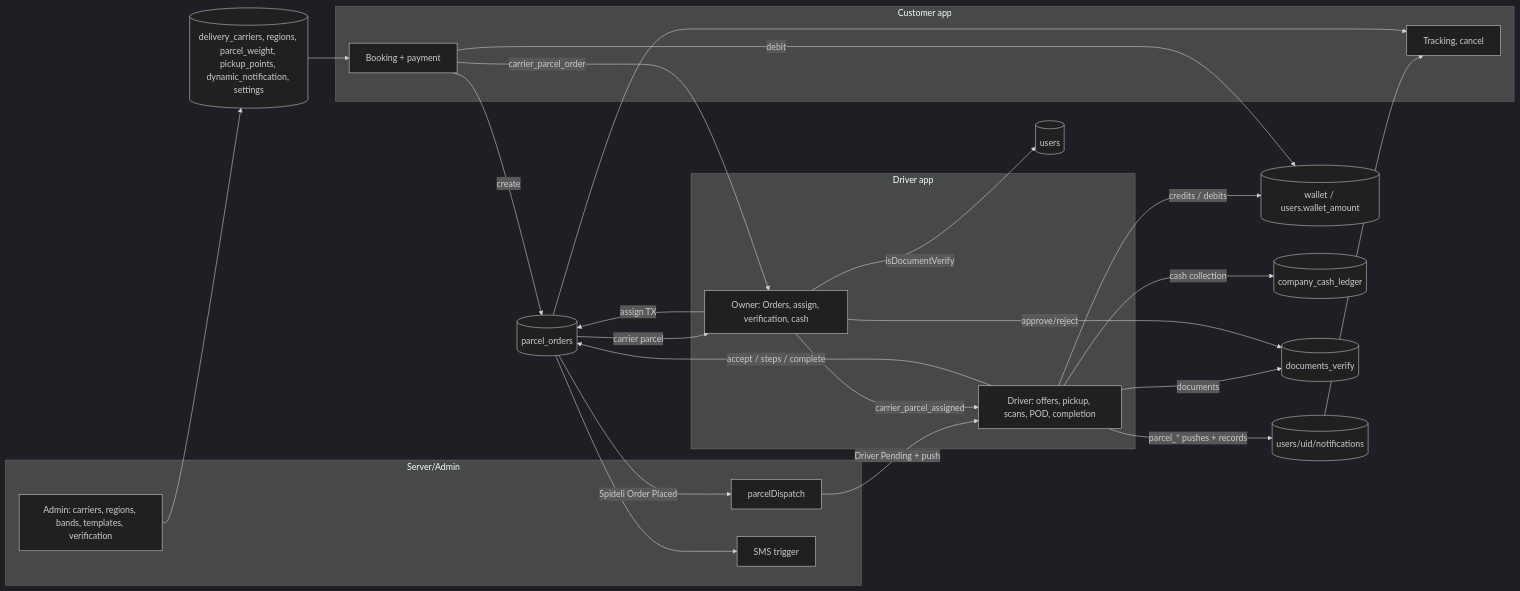
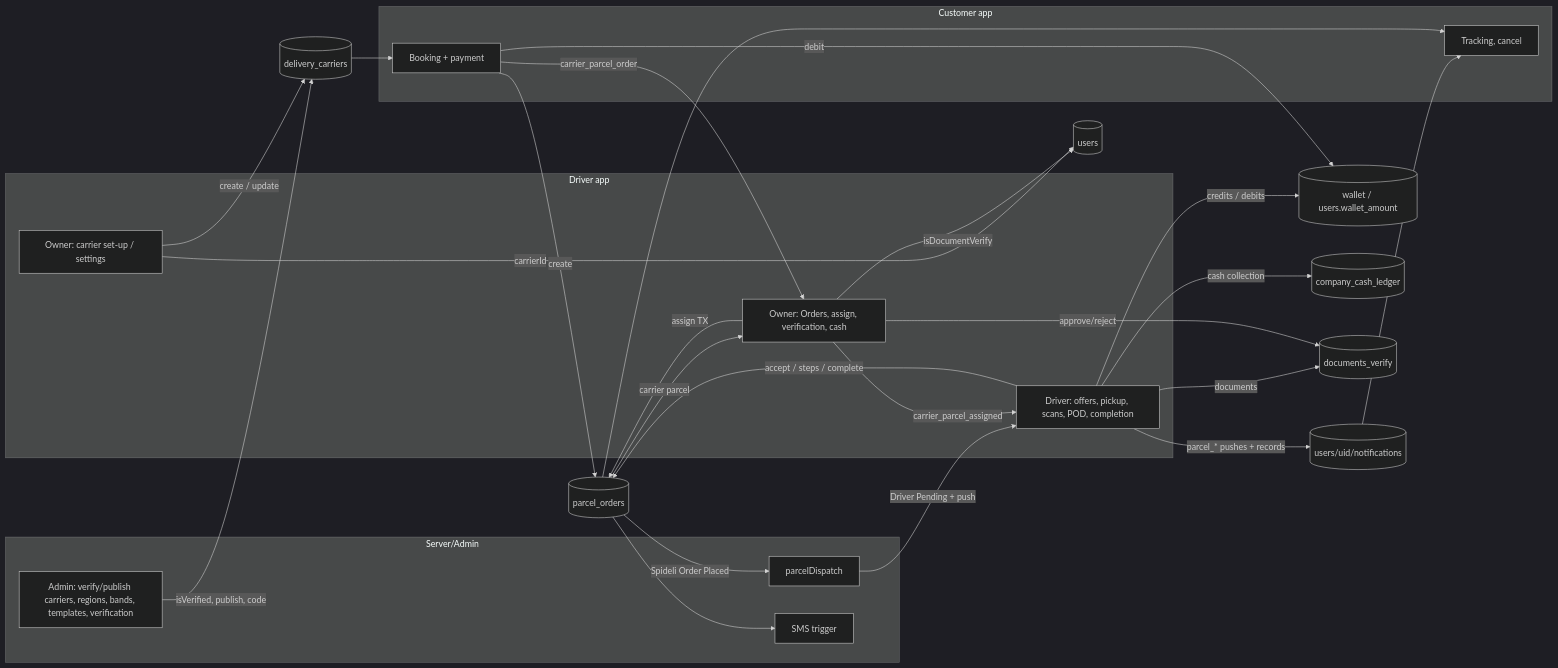
One commit to mayankmodi-siddhiinfosoft/spideli_emart changed the sixth of 8 diagrams in docs/PARCEL-MANAGEMENT-FLOW.md. Above: the diagram before and after it, drawn with Mermaid (dark theme). The commit also changed other lines of this file, not shown here.

Commit message:
docs: parcel management and delivery flow re-verified (carrier set-up, computed driver verification, verified-only assignment, document templates, current gaps)

````diff
--- a/docs/PARCEL-MANAGEMENT-FLOW.md
+++ b/docs/PARCEL-MANAGEMENT-FLOW.md
@@ -694,34 +856,37 @@
 ```mermaid
 flowchart LR
   subgraph Customer app
     C1[Booking + payment]
     C2[Tracking, cancel]
   end
   subgraph Server/Admin
     S1[parcelDispatch]
     S2[SMS trigger]
-    A1[Admin: carriers, regions, bands, templates, verification]
+    A1[Admin: verify/publish carriers, regions, bands, templates, verification]
   end
   subgraph Driver app
+    O0[Owner: carrier set-up / settings]
     O1[Owner: Orders, assign, verification, cash]
     D1[Driver: offers, pickup, scans, POD, completion]
   end
+  O0 -- create / update --> DC[(delivery_carriers)]
+  O0 -- carrierId --> U[(users)]
+  A1 -- isVerified, publish, code --> DC
+  DC --> C1
   C1 -- create --> PO[(parcel_orders)]
   C1 -- debit --> W[(wallet / users.wallet_amount)]
   C1 -- carrier_parcel_order --> O1
   PO -- Spideli Order Placed --> S1 -- Driver Pending + push --> D1
   PO -- carrier parcel --> O1 -- assign TX --> PO
   O1 -- carrier_parcel_assigned --> D1
   D1 -- accept / steps / complete --> PO
   D1 -- credits / debits --> W
   D1 -- cash collection --> L[(company_cash_ledger)]
   D1 -- parcel_* pushes + records --> N[(users/uid/notifications)]
   N --> C2
   PO --> C2
   PO --> S2
-  A1 --> DC[(delivery_carriers, regions, parcel_weight, pickup_points, dynamic_notification, settings)]
-  DC --> C1
   D1 -- documents --> DV[(documents_verify)]
   O1 -- approve/reject --> DV
-  O1 -- isDocumentVerify --> U[(users)]
+  O1 -- isDocumentVerify --> U
 ```
````
